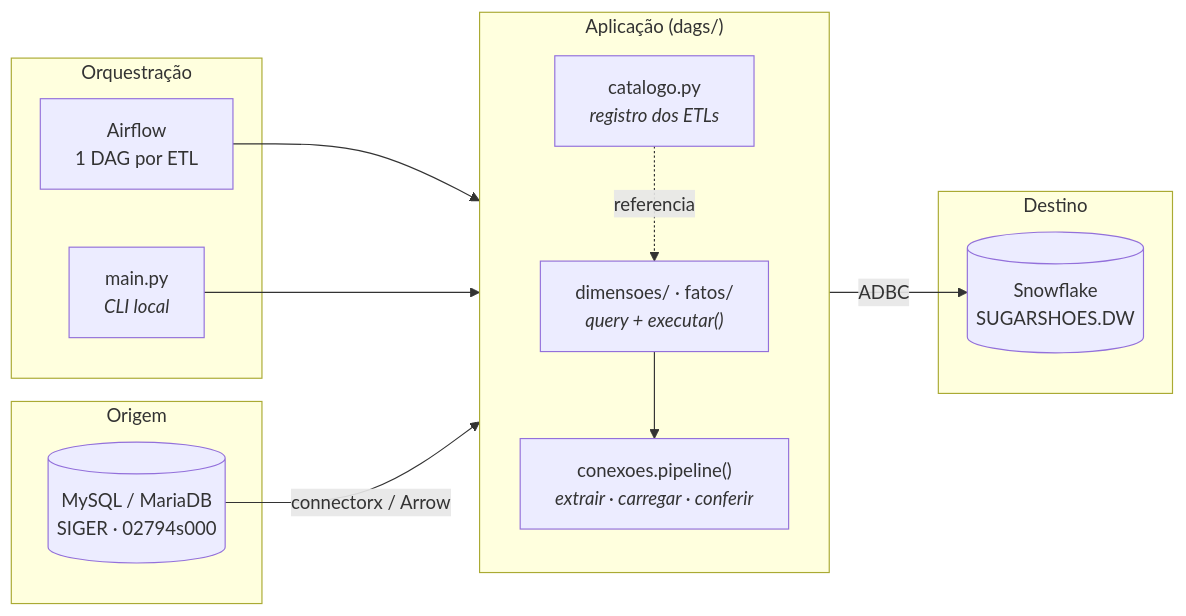
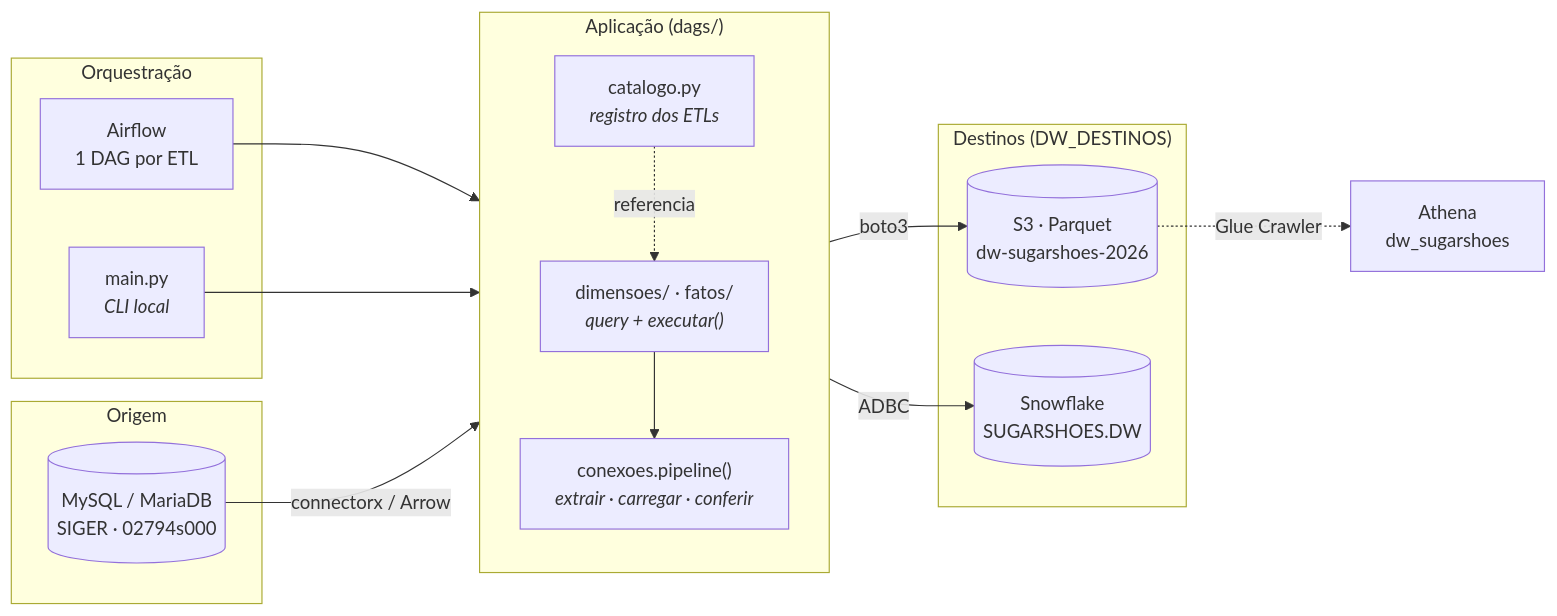
One commit to anschaugui/siger-snowflake changed the first of 2 diagrams in docs/arquitetura.md. Above: the diagram before and after it, drawn with Mermaid. The commit also changed other lines of this file and 21 other files, not shown here.

````diff
--- a/docs/arquitetura.md
+++ b/docs/arquitetura.md
@@ -8,29 +8,32 @@
 ```mermaid
 flowchart LR
     subgraph origem["Origem"]
         MY[("MySQL / MariaDB<br/>SIGER · 02794s000")]
     end
 
     subgraph app["Aplicação (dags/)"]
         direction TB
         CAT["catalogo.py<br/><i>registro dos ETLs</i>"]
         ETL["dimensoes/ · fatos/<br/><i>query + executar()</i>"]
         PIPE["conexoes.pipeline()<br/><i>extrair · carregar · conferir</i>"]
         ETL --> PIPE
         CAT -.->|referencia| ETL
     end
 
     subgraph orq["Orquestração"]
         AF["Airflow<br/>1 DAG por ETL"]
         CLI["main.py<br/><i>CLI local</i>"]
     end
 
-    subgraph destino["Destino"]
+    subgraph destino["Destinos (DW_DESTINOS)"]
+        S3[("S3 · Parquet<br/>dw-sugarshoes-2026")]
         SF[("Snowflake<br/>SUGARSHOES.DW")]
     end
 
     AF --> CAT
     CLI --> CAT
     MY -->|connectorx / Arrow| PIPE
+    PIPE -->|boto3| S3
     PIPE -->|ADBC| SF
+    S3 -.->|Glue Crawler| AT["Athena<br/>dw_sugarshoes"]
 ```
````
